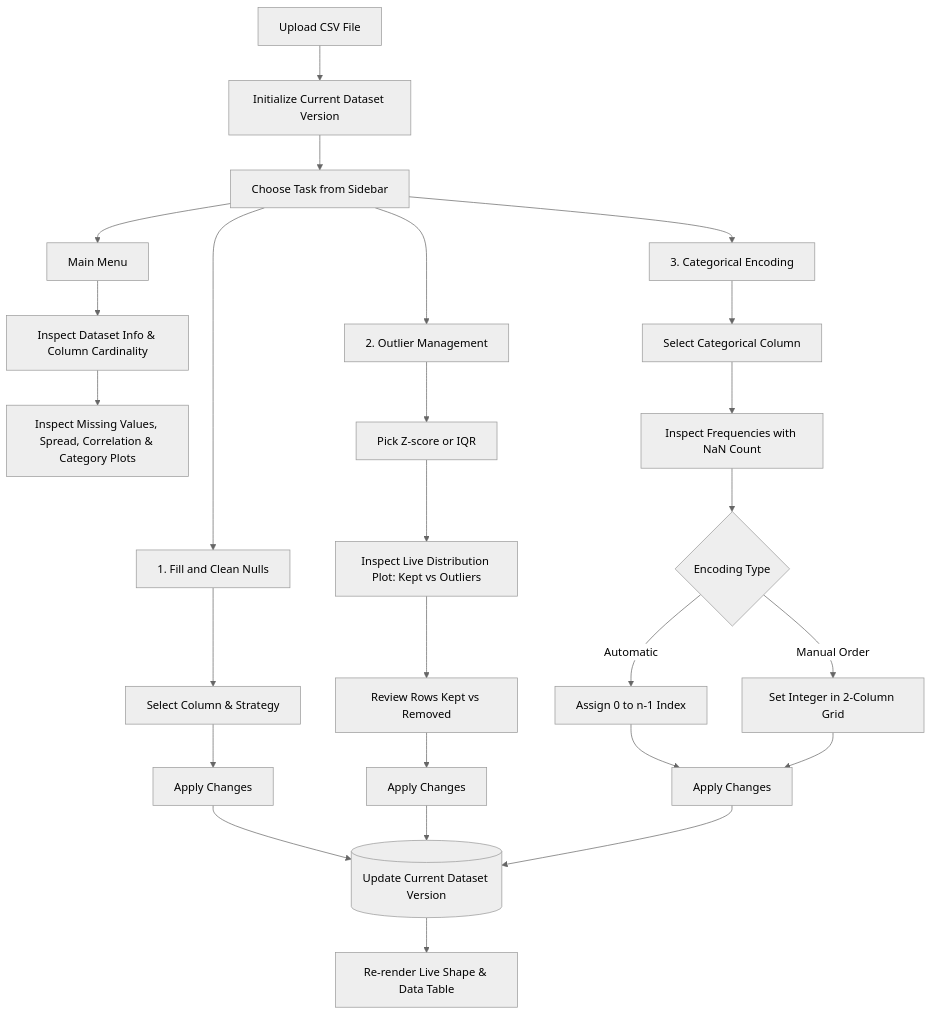
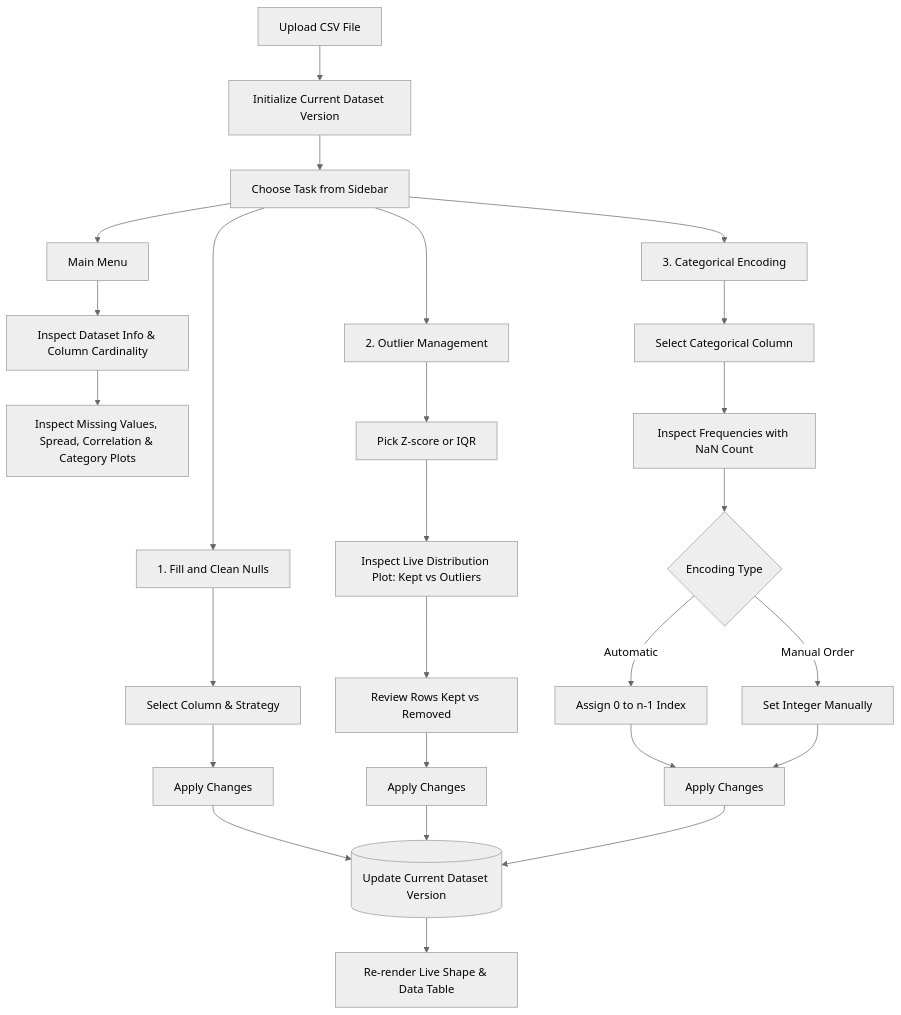
One commit to aniketbhopale/DataLave changed the second of 2 diagrams in README.md. Above: the diagram before and after it, drawn with Mermaid (neutral theme).

Commit message:
Flow fix 2

````diff
--- a/README.md
+++ b/README.md
@@ -61,33 +61,33 @@
 ```mermaid
 flowchart TD
     A[Upload CSV File] --> B[Initialize Current Dataset Version]
     B --> C[Choose Task from Sidebar]
     C --> D[Main Menu]
     C --> E[1. Fill and Clean Nulls]
     C --> F[2. Outlier Management]
     C --> G[3. Categorical Encoding]
     
     D --> D1[Inspect Dataset Info & Column Cardinality]
     D1 --> D2[Inspect Missing Values, Spread, Correlation & Category Plots]
     
     E --> E1[Select Column & Strategy]
     E1 --> E2[Apply Changes]
     
     F --> F1[Pick Z-score or IQR]
     F1 --> F2[Inspect Live Distribution Plot: Kept vs Outliers]
     F2 --> F3[Review Rows Kept vs Removed]
     F3 --> F4[Apply Changes]
     
     G --> G1[Select Categorical Column]
     G1 --> G2[Inspect Frequencies with NaN Count]
     G2 --> G3{Encoding Type}
     G3 -->|Automatic| G4[Assign 0 to n-1 Index]
-    G3 -->|Manual Order| G5[Set Integer in 2-Column Grid]
+    G3 -->|Manual Order| G5[Set Integer Manually]
     G4 --> G6[Apply Changes]
     G5 --> G6
     
     E2 --> H[(Update Current Dataset Version)]
     F4 --> H
     G6 --> H
     H --> I[Re-render Live Shape & Data Table]
 ```
````
